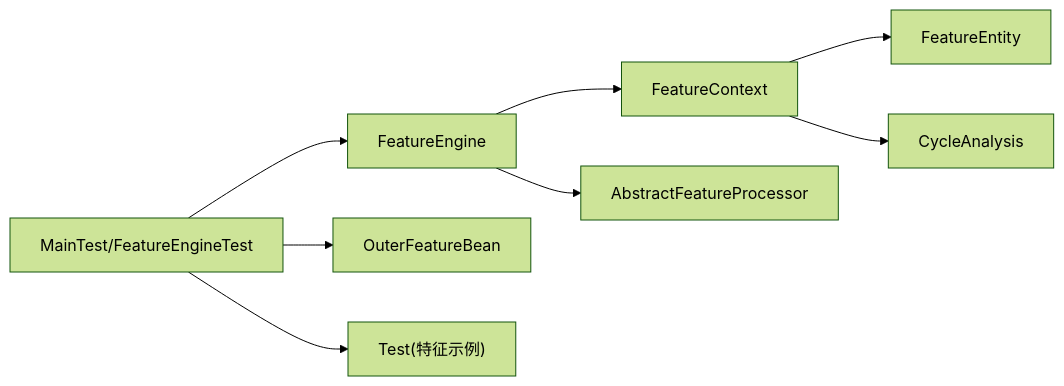
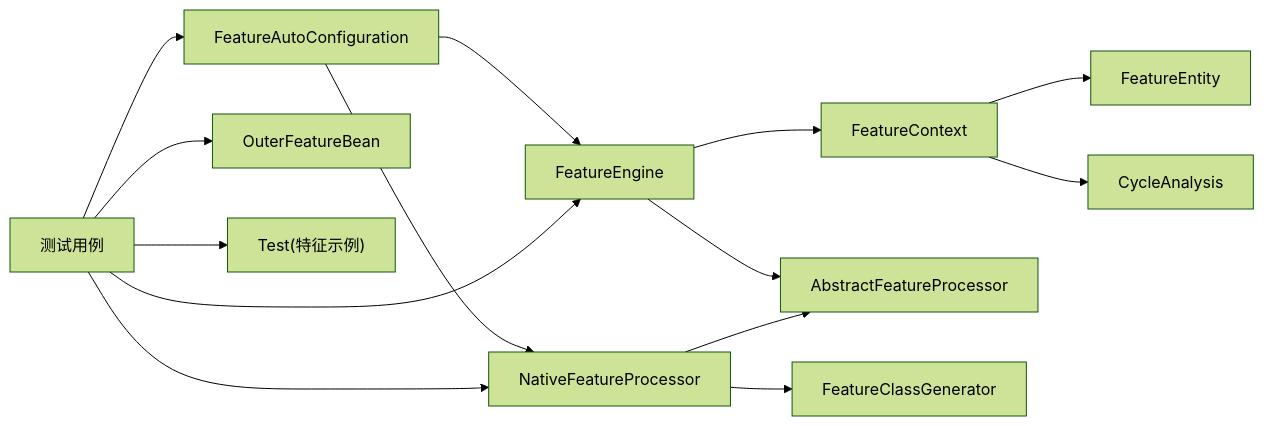
Before and after one commit to txzhanghuan/feature: the third of 3 diagrams in .qoder/repowiki/zh/content/测试与调试.md, drawn with Mermaid (forest theme). The commit also changed other lines of this file and 18 other files, not shown here.

First line of the commit message:
test(feature-engine): 扩展文档与新增高级功能测试覆盖

````diff
--- a/.qoder/repowiki/zh/content/测试与调试.md
+++ b/.qoder/repowiki/zh/content/测试与调试.md
@@ -234,10 +340,16 @@
 ```mermaid
 graph LR
 FE["FeatureEngine"] --> FC["FeatureContext"]
 FC --> ENT["FeatureEntity"]
 FC --> CYCLE["CycleAnalysis"]
 FE --> PROC["AbstractFeatureProcessor"]
-TEST["MainTest/FeatureEngineTest"] --> FE
+NP["NativeFeatureProcessor"] --> FCG["FeatureClassGenerator"]
+NP --> PROC
+FAC["FeatureAutoConfiguration"] --> NP
+FAC --> FE
+TEST["测试用例"] --> FAC
+TEST --> NP
+TEST --> FE
 TEST --> OBF["OuterFeatureBean"]
 TEST --> FT["Test(特征示例)"]
 ```
````
